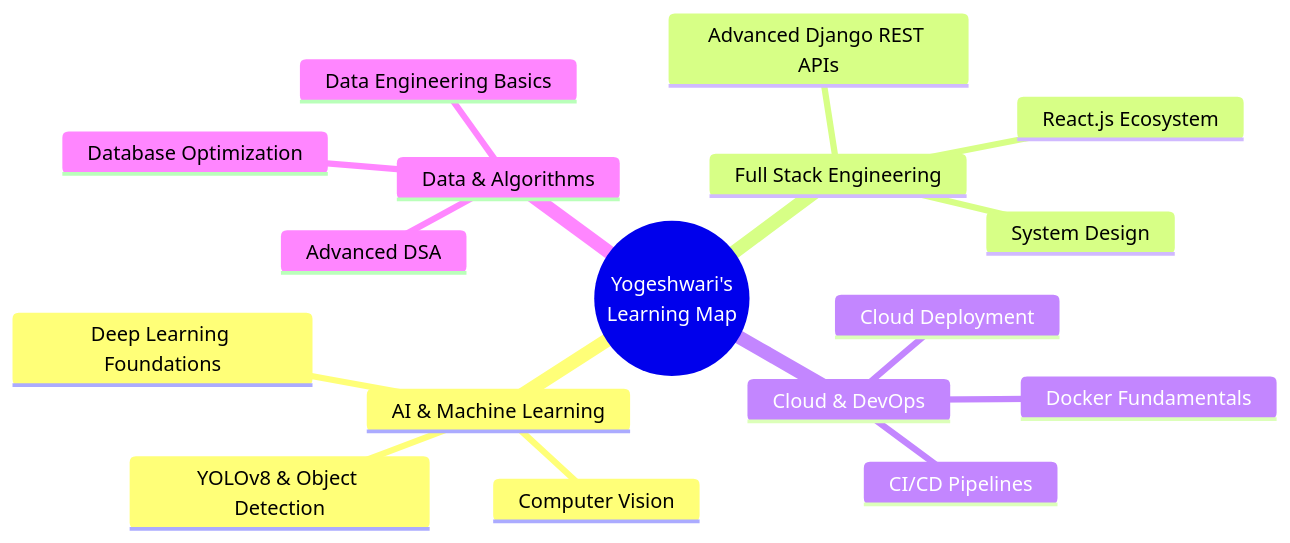
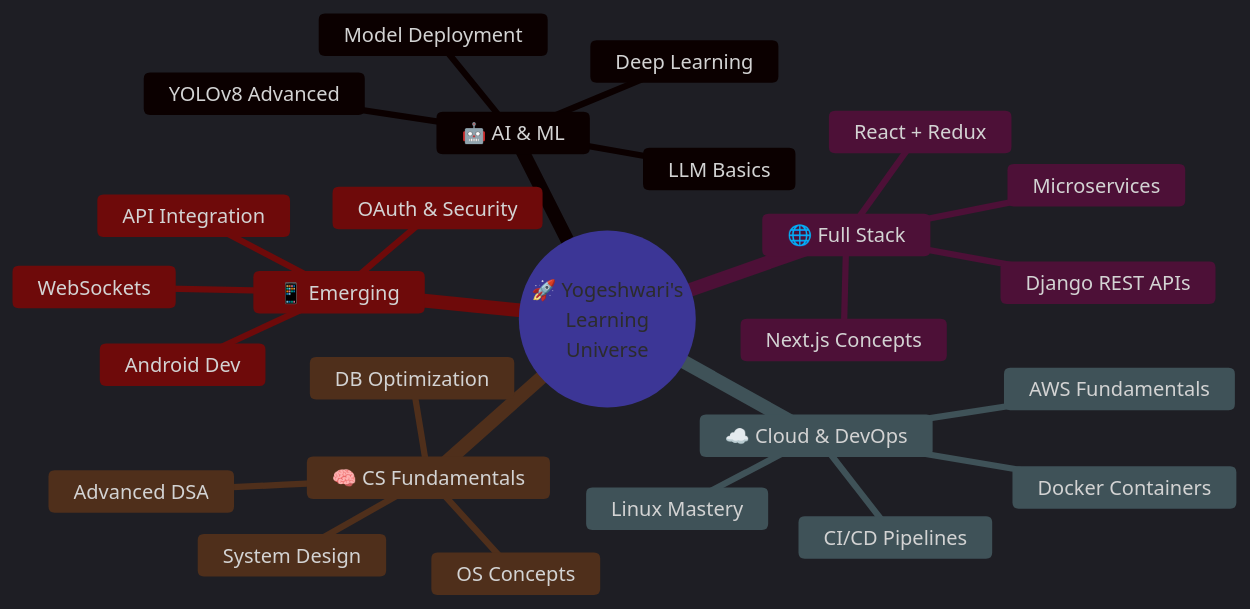
The diagram in README.md (Yogeshwari7887/Yogeshwari7887), drawn with Mermaid before and after one commit. The commit also changed other lines of this file, not shown here.

````diff
--- a/README.md
+++ b/README.md
@@ -302,21 +399,32 @@
 ```mermaid
+%%{init: {'theme': 'dark', 'themeVariables': {'primaryColor': '#7c3aed', 'primaryTextColor': '#e2d9f3', 'primaryBorderColor': '#6d28d9', 'lineColor': '#8b5cf6', 'secondaryColor': '#1e1b4b', 'tertiaryColor': '#0d0b1e'}}}%%
 mindmap
-  root((Yogeshwari's
-    Learning Map))
-    AI & Machine Learning
-      Computer Vision
-      YOLOv8 & Object Detection
-      Deep Learning Foundations
-    Full Stack Engineering
-      Advanced Django REST APIs
-      React.js Ecosystem
+  root((🚀 Yogeshwari's
+    Learning
+    Universe))
+    🤖 AI & ML
+      YOLOv8 Advanced
+      Deep Learning
+      Model Deployment
+      LLM Basics
+    🌐 Full Stack
+      Django REST APIs
+      React + Redux
+      Next.js Concepts
+      Microservices
+    ☁️ Cloud & DevOps
+      Docker Containers
+      CI/CD Pipelines
+      AWS Fundamentals
+      Linux Mastery
+    🧠 CS Fundamentals
+      Advanced DSA
       System Design
-    Cloud & DevOps
-      Docker Fundamentals
-      CI/CD Pipelines
-      Cloud Deployment
-    Data & Algorithms
-      Advanced DSA
-      Database Optimization
-      Data Engineering Basics
+      DB Optimization
+      OS Concepts
+    📱 Emerging
+      Android Dev
+      API Integration
+      WebSockets
+      OAuth & Security
 ```
````
